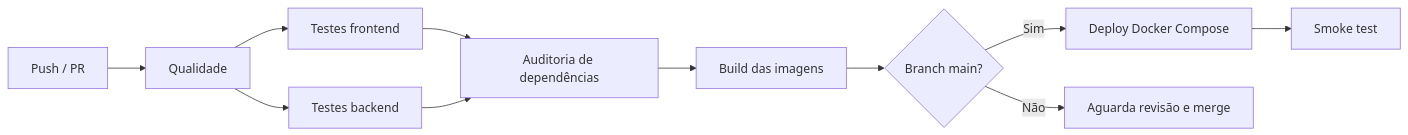
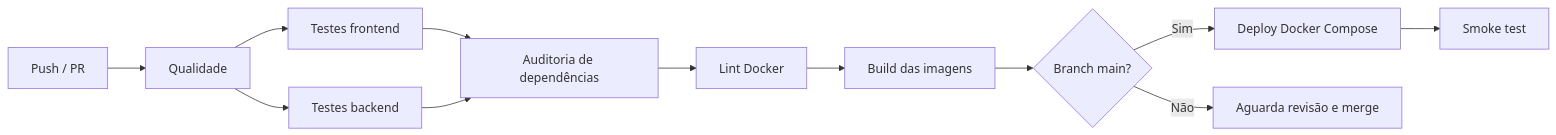
Before and after one commit to C14-Inatel-2026-2/Sistema-de-Gestao-Despesas: the third of 3 diagrams in README.md, drawn with Mermaid. The commit also changed other lines of this file and 1 other file, not shown here.

Commit message:
docs: documenta job lint-docker

````diff
--- a/README.md
+++ b/README.md
@@ -243,13 +244,14 @@
 ```mermaid
 flowchart LR
     A[Push / PR] --> B[Qualidade]
     B --> C[Testes frontend]
     B --> D[Testes backend]
     C --> X[Auditoria de dependências]
     D --> X
-    X --> E[Build das imagens]
+    X --> L[Lint Docker]
+    L --> E[Build das imagens]
     E --> F{Branch main?}
     F -->|Sim| G[Deploy Docker Compose]
     F -->|Não| H[Aguarda revisão e merge]
     G --> I[Smoke test]
 ```
````
